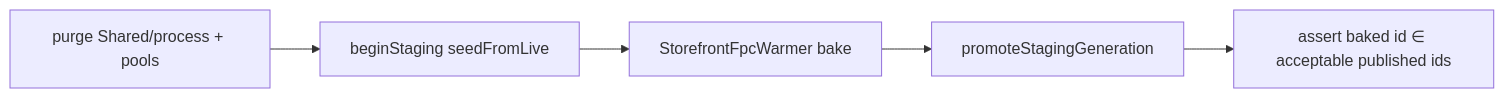
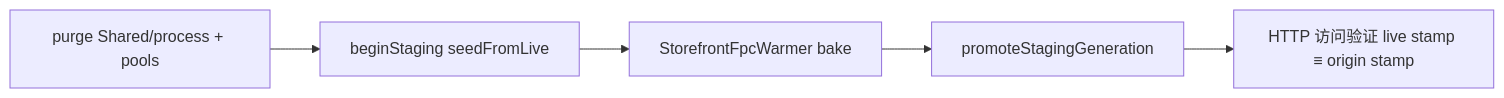
The second of 2 diagrams in app/code/Weline/Frontend/doc/架构/店面世代与前端工作流.md (Aiweline/WelineFramework), drawn with Mermaid before and after one commit. The commit also changed other lines of this file and 8 other files, not shown here.

First line of the commit message:
fix(theme): promote 后世代断言改走 HTTP 访问验证。

````diff
--- a/app/code/Weline/Frontend/doc/架构/店面世代与前端工作流.md
+++ b/app/code/Weline/Frontend/doc/架构/店面世代与前端工作流.md
@@ -125,9 +127,9 @@
 ```mermaid
 flowchart LR
   Purge[purge Shared/process + pools]
   Stage[beginStaging seedFromLive]
   Warm[StorefrontFpcWarmer bake]
   Promote[promoteStagingGeneration]
-  Assert[assert baked id ∈ acceptable published ids]
+  Assert[HTTP 访问验证 live stamp ≡ origin stamp]
   Purge --> Stage --> Warm --> Promote --> Assert
 ```
````
